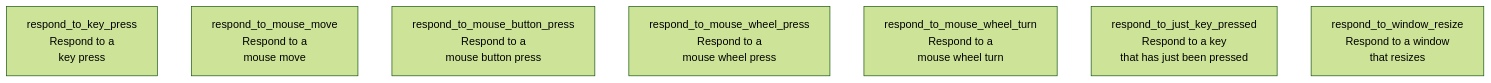
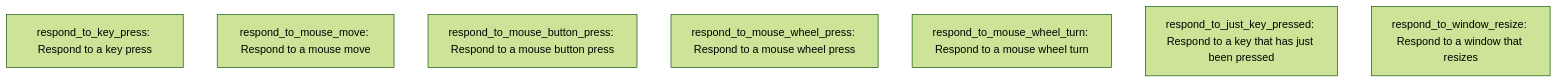
Before and after one commit to richelbilderbeek/bevy_tdd_book: the diagram in docs/misc/respond_to_input_introduction.md, drawn with Mermaid (forest theme). The commit also changed 3 other files, not shown here.

Commit message:
Fix diagrams, hanks @TheoPannetier

````diff
--- a/docs/misc/respond_to_input_introduction.md
+++ b/docs/misc/respond_to_input_introduction.md
@@ -13,10 +13,10 @@
 ```mermaid
 flowchart TD
-  respond_to_key_press[respond_to_key_press\nRespond to a\nkey press]
-  respond_to_mouse_move[respond_to_mouse_move\nRespond to a\nmouse move]
-  respond_to_mouse_button_press[respond_to_mouse_button_press\nRespond to a\nmouse button press]
-  respond_to_mouse_wheel_press[respond_to_mouse_wheel_press\nRespond to a\nmouse wheel press]
-  respond_to_mouse_wheel_turn[respond_to_mouse_wheel_turn\nRespond to a\nmouse wheel turn]
-  respond_to_just_key_pressed[respond_to_just_key_pressed\nRespond to a key\nthat has just been pressed]
-  respond_to_window_resize[respond_to_window_resize\nRespond to a window\nthat resizes]
+  respond_to_key_press[respond_to_key_press: Respond to a key press]
+  respond_to_mouse_move[respond_to_mouse_move: Respond to a mouse move]
+  respond_to_mouse_button_press[respond_to_mouse_button_press: Respond to a mouse button press]
+  respond_to_mouse_wheel_press[respond_to_mouse_wheel_press: Respond to a mouse wheel press]
+  respond_to_mouse_wheel_turn[respond_to_mouse_wheel_turn: Respond to a mouse wheel turn]
+  respond_to_just_key_pressed[respond_to_just_key_pressed: Respond to a key that has just been pressed]
+  respond_to_window_resize[respond_to_window_resize: Respond to a window that resizes]
 ```
````
